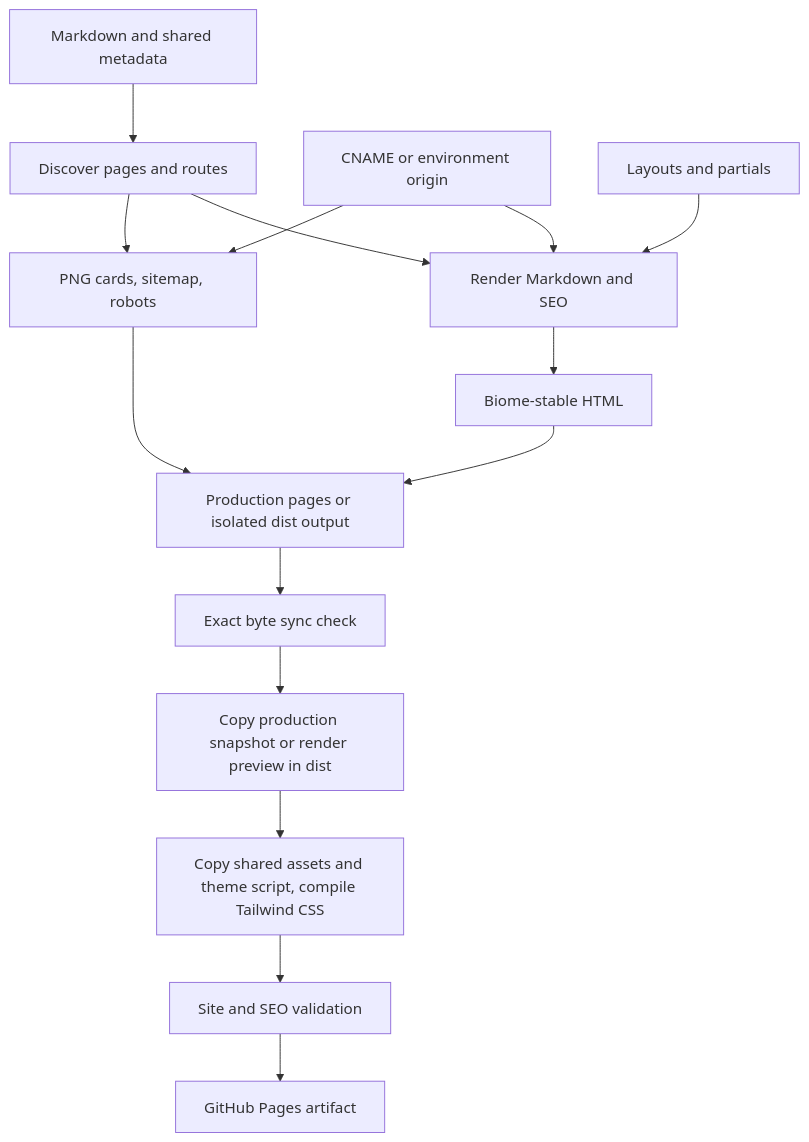
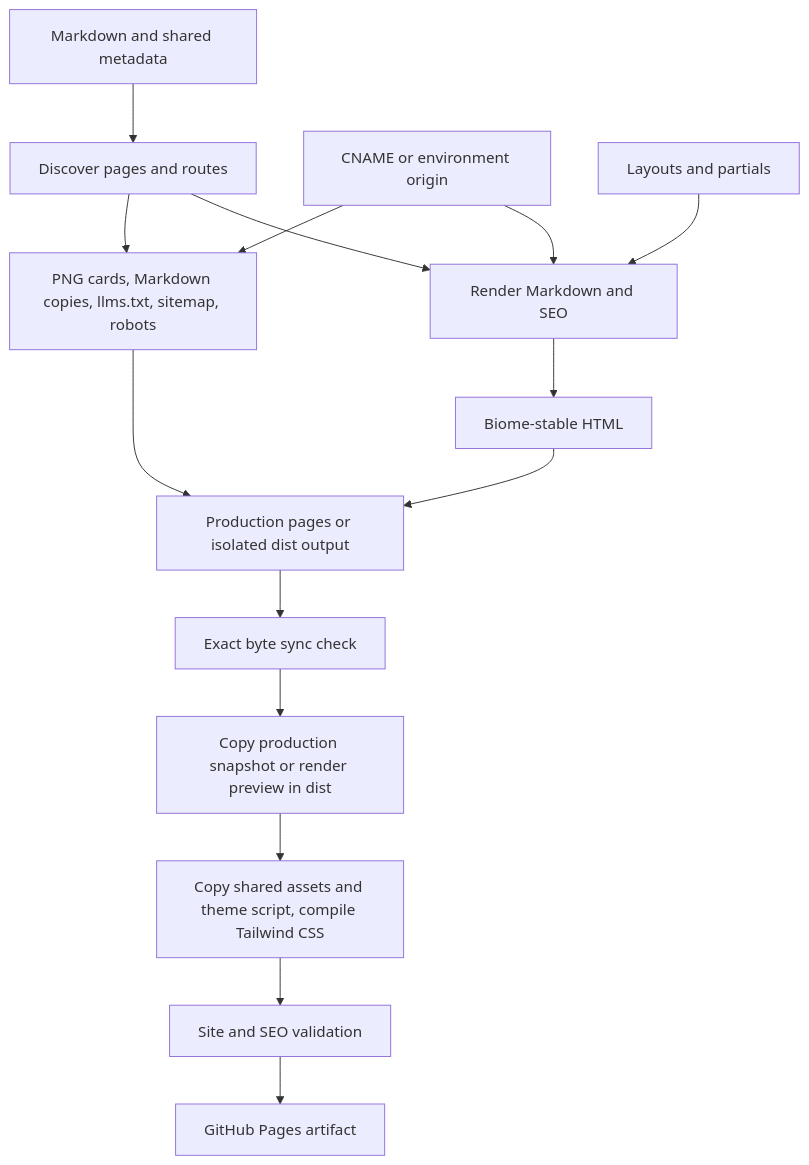
Before and after one commit to pulkitxm/pulkit.page: the diagram in docs/rendering-flow.md, drawn with Mermaid. The commit also changed other lines of this file and 6 other files, not shown here.

Commit message:
Document the Markdown copies, llms.txt and sitemap dates

````diff
--- a/docs/rendering-flow.md
+++ b/docs/rendering-flow.md
@@ -7,17 +7,17 @@
 ```mermaid
 flowchart TD
   A[Markdown and shared metadata] --> B[Discover pages and routes]
   O[CNAME or environment origin] --> C[Render Markdown and SEO]
   B --> C
   L[Layouts and partials] --> C
   C --> D[Biome-stable HTML]
-  B --> E[PNG cards, sitemap, robots]
+  B --> E[PNG cards, Markdown copies, llms.txt, sitemap, robots]
   O --> E
   D --> F[Production pages or isolated dist output]
   E --> F
   F --> G[Exact byte sync check]
   G --> H[Copy production snapshot or render preview in dist]
   H --> I[Copy shared assets and theme script, compile Tailwind CSS]
   I --> J[Site and SEO validation]
   J --> K[GitHub Pages artifact]
 ```
````
